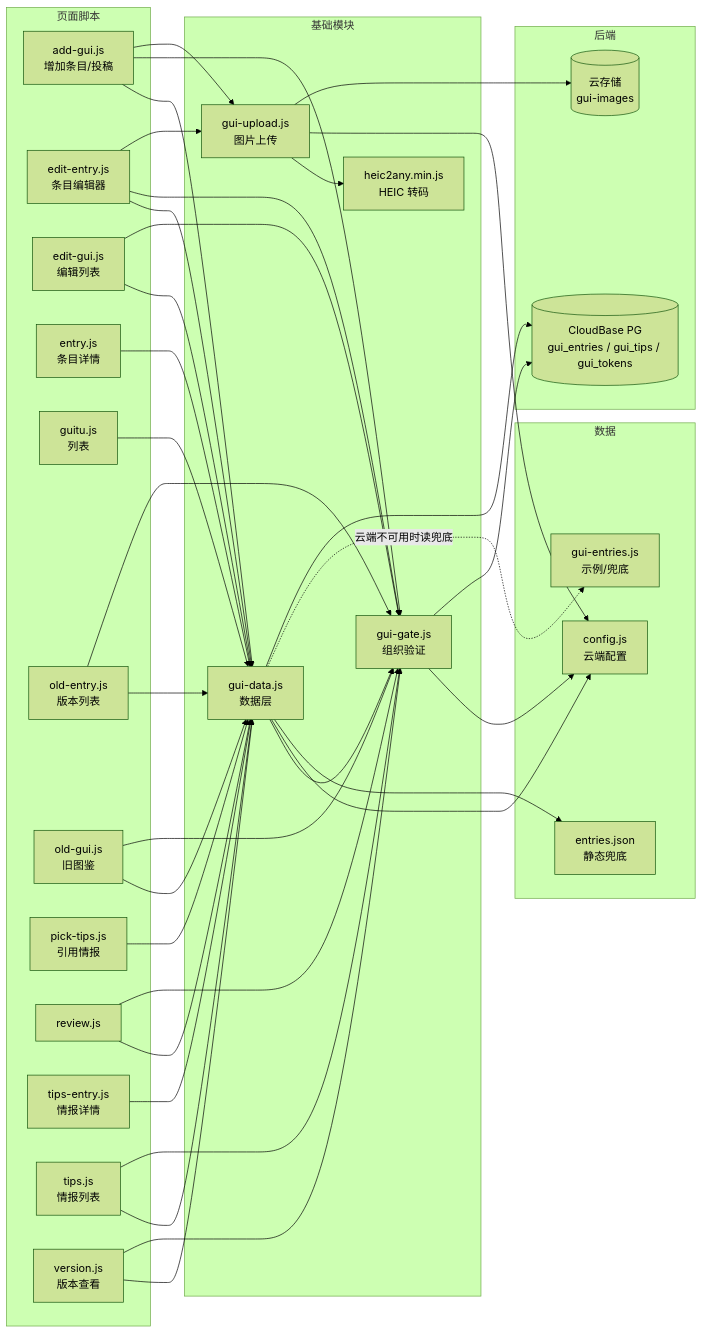
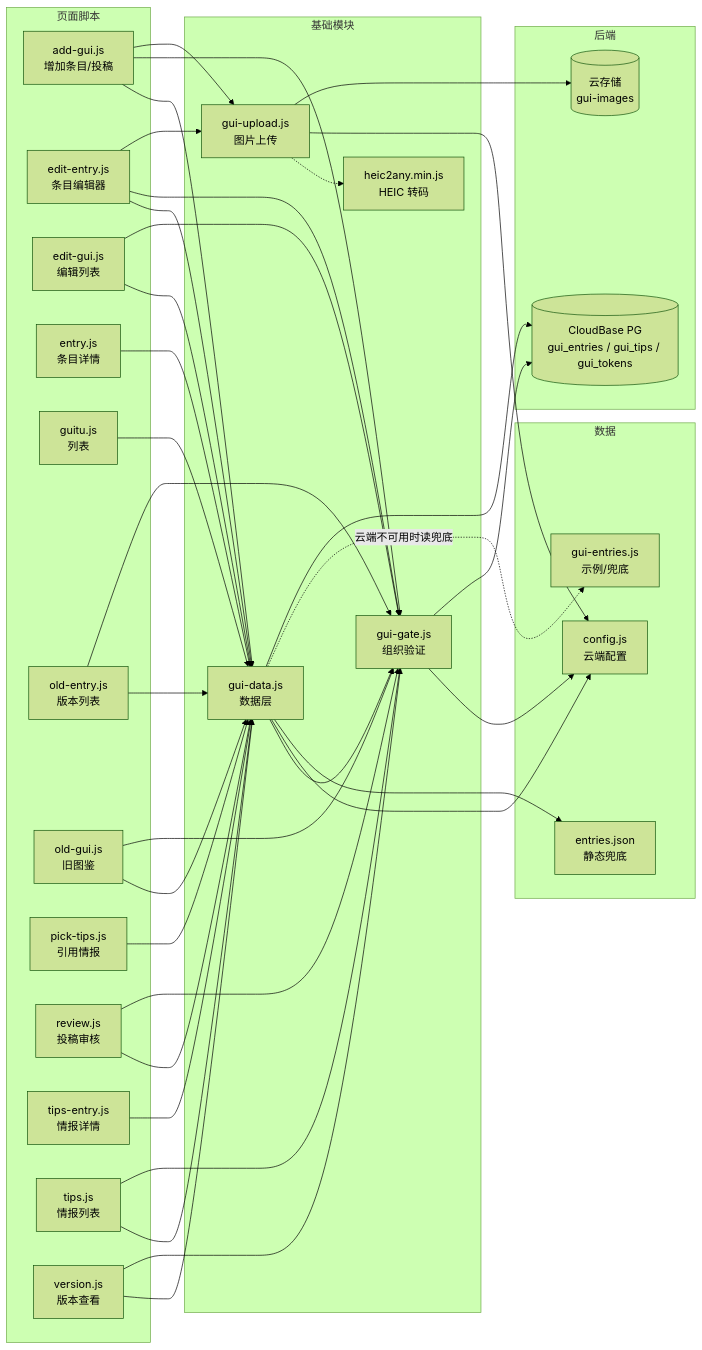
The second of 2 diagrams in guitu/架构.md (cangwu-protect-union/cangwu-protect-union.github.io), drawn with Mermaid (forest theme) before and after one commit. The commit also changed other lines of this file and 27 other files, not shown here.

````diff
--- a/guitu/架构.md
+++ b/guitu/架构.md
@@ -87,76 +90,76 @@
 ```mermaid
 flowchart LR
 
   subgraph scriptLayer2["页面脚本"]
     S_add_gui["add-gui.js<br/>增加条目/投稿"]
     S_edit_entry["edit-entry.js<br/>条目编辑器"]
     S_edit_gui["edit-gui.js<br/>编辑列表"]
     S_entry["entry.js<br/>条目详情"]
     S_guitu["guitu.js<br/>列表"]
     S_old_entry["old-entry.js<br/>版本列表"]
     S_old_gui["old-gui.js<br/>旧图鉴"]
     S_pick_tips["pick-tips.js<br/>引用情报"]
-    S_review["review.js"]
+    S_review["review.js<br/>投稿审核"]
     S_tips_entry["tips-entry.js<br/>情报详情"]
     S_tips["tips.js<br/>情报列表"]
     S_version["version.js<br/>版本查看"]
   end
 
   subgraph baseLayer["基础模块"]
     M_gui_data["gui-data.js<br/>数据层"]
     M_gui_gate["gui-gate.js<br/>组织验证"]
     M_gui_upload["gui-upload.js<br/>图片上传"]
     M_heic["heic2any.min.js<br/>HEIC 转码"]
   end
 
   subgraph dataLayer["数据"]
     D_config["config.js<br/>云端配置"]
     D_gui_entries["gui-entries.js<br/>示例/兜底"]
     D_entries["entries.json<br/>静态兜底"]
   end
 
   subgraph backend["后端"]
     DB[("CloudBase PG<br/>gui_entries / gui_tips / gui_tokens")]
     ST[("云存储<br/>gui-images")]
   end
 
-  %% 页面脚本 → 基础模块（只画架构依赖）
+  %% 页面脚本 → 基础模块
   S_add_gui --> M_gui_data
   S_add_gui --> M_gui_gate
   S_add_gui --> M_gui_upload
   S_edit_entry --> M_gui_data
   S_edit_entry --> M_gui_gate
   S_edit_entry --> M_gui_upload
   S_edit_gui --> M_gui_data
   S_edit_gui --> M_gui_gate
   S_entry --> M_gui_data
   S_guitu --> M_gui_data
   S_old_entry --> M_gui_data
   S_old_entry --> M_gui_gate
   S_old_gui --> M_gui_data
   S_old_gui --> M_gui_gate
   S_pick_tips --> M_gui_data
   S_review --> M_gui_data
   S_review --> M_gui_gate
   S_tips_entry --> M_gui_data
   S_tips --> M_gui_data
   S_tips --> M_gui_gate
   S_version --> M_gui_data
   S_version --> M_gui_gate
 
   %% 基础模块之间的依赖
   M_gui_data --> M_gui_gate
-  M_gui_upload --> M_heic
+  M_gui_upload -.-> M_heic
 
   %% 配置与兜底数据
   M_gui_data --> D_config
   M_gui_gate --> D_config
   M_gui_upload --> D_config
   M_gui_data --> D_entries
   M_gui_data -.云端不可用时读兜底.-> D_gui_entries
 
   %% 后端
   M_gui_data --> DB
   M_gui_gate --> DB
   M_gui_upload --> ST
 ```
````
